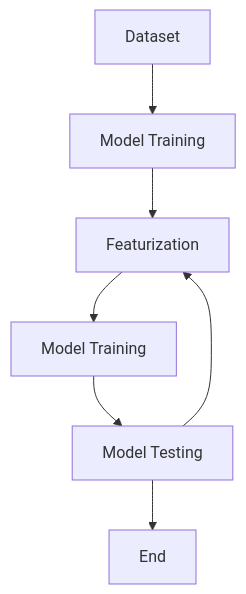
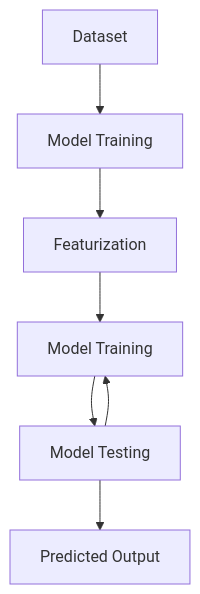
Before and after one commit to Suddhaswatta/learn-ml: the diagram in README.md, drawn with Mermaid.

````diff
--- a/README.md
+++ b/README.md
@@ -15,11 +15,11 @@
 ```mermaid
 flowchart TD
     A[Dataset] --> B[Model Training]
     B --> C[Featurization]
     C --> D[Model Training]
     D --> E[Model Testing]
-    E --> C
-    E --> End
+    E --> D
+    E --> F[Predicted Output]
    
   
 ```
````
